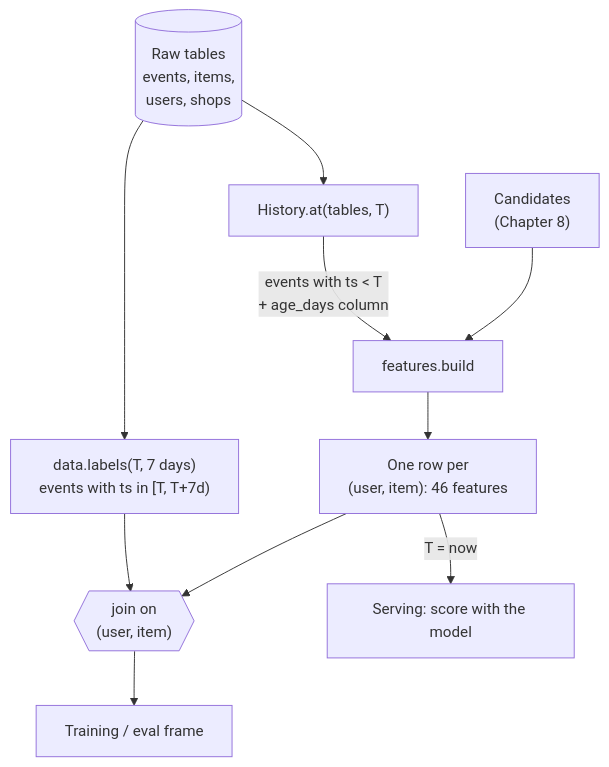
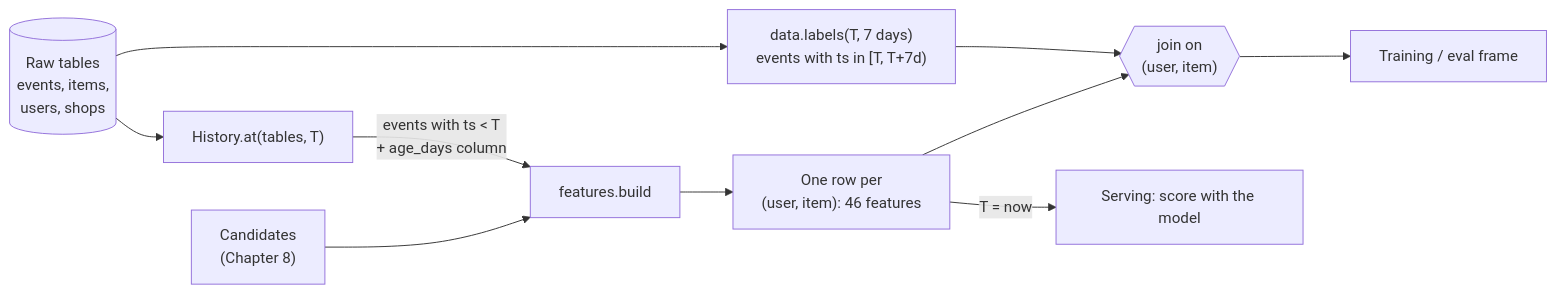
The diagram in book/en/09-feature-engineering.md (zuramai/learn-recommendation-system), drawn with Mermaid before and after one commit. The commit also changed other lines of this file, not shown here.

````diff
--- a/book/en/09-feature-engineering.md
+++ b/book/en/09-feature-engineering.md
@@ -36,12 +35,12 @@
 ```mermaid
-flowchart TD
+flowchart LR
     RAW[("Raw tables<br/>events, items,<br/>users, shops")] --> HAT["History.at(tables, T)"]
     HAT -->|"events with ts < T<br/>+ age_days column"| FEAT["features.build"]
     CAND["Candidates<br/>(Chapter 8)"] --> FEAT
     FEAT --> ROWS["One row per<br/>(user, item): 46 features"]
     RAW --> LAB["data.labels(T, 7 days)<br/>events with ts in [T, T+7d)"]
     LAB --> JOIN{{"join on<br/>(user, item)"}}
     ROWS --> JOIN
     JOIN --> TRAIN["Training / eval frame"]
     ROWS -->|"T = now"| SERVE["Serving: score with the model"]
 ```
````
